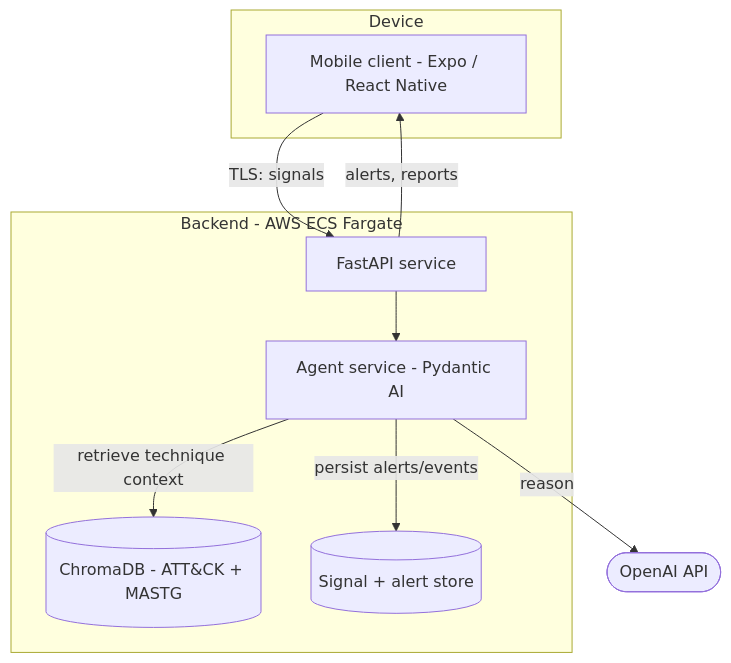
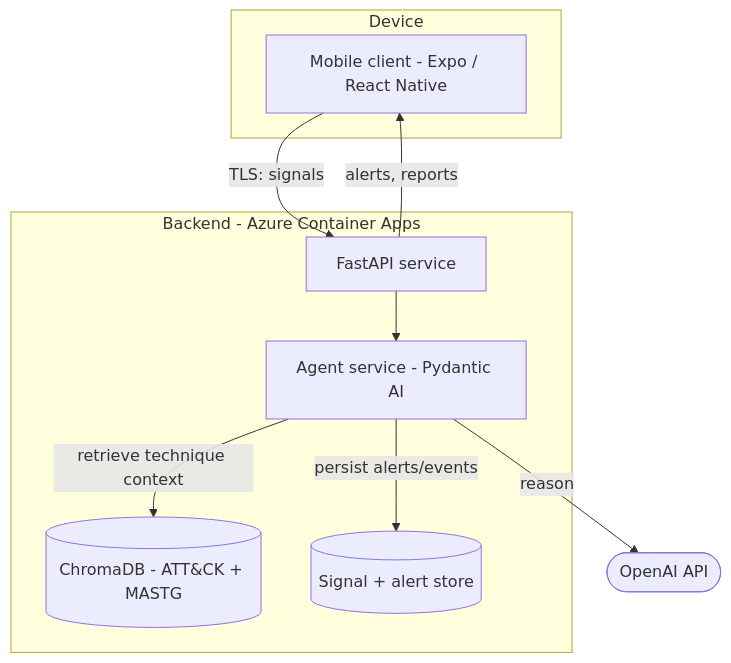
One commit to naratech-eng/mobile-ai-soc-analyst changed the second of 3 diagrams in docs/engineering/architecture.md. Above: the diagram before and after it, drawn with Mermaid. The commit also changed other lines of this file and 6 other files, not shown here.

First line of the commit message:
Migrate infra references from AWS to Azure; target Android and iOS from day one

````diff
--- a/docs/engineering/architecture.md
+++ b/docs/engineering/architecture.md
@@ -33,20 +33,20 @@
 ```mermaid
 flowchart TB
     subgraph Device
         MC[Mobile client - Expo / React Native]
     end
-    subgraph Cloud[Backend - AWS ECS Fargate]
+    subgraph Cloud[Backend - Azure Container Apps]
         API[FastAPI service]
         AG[Agent service - Pydantic AI]
         RAG[(ChromaDB - ATT&CK + MASTG)]
         LOG[(Signal + alert store)]
     end
     LLM([OpenAI API])
 
     MC -->|TLS: signals| API
     API --> AG
     AG -->|retrieve technique context| RAG
     AG -->|reason| LLM
     AG -->|persist alerts/events| LOG
     API -->|alerts, reports| MC
 ```
````
